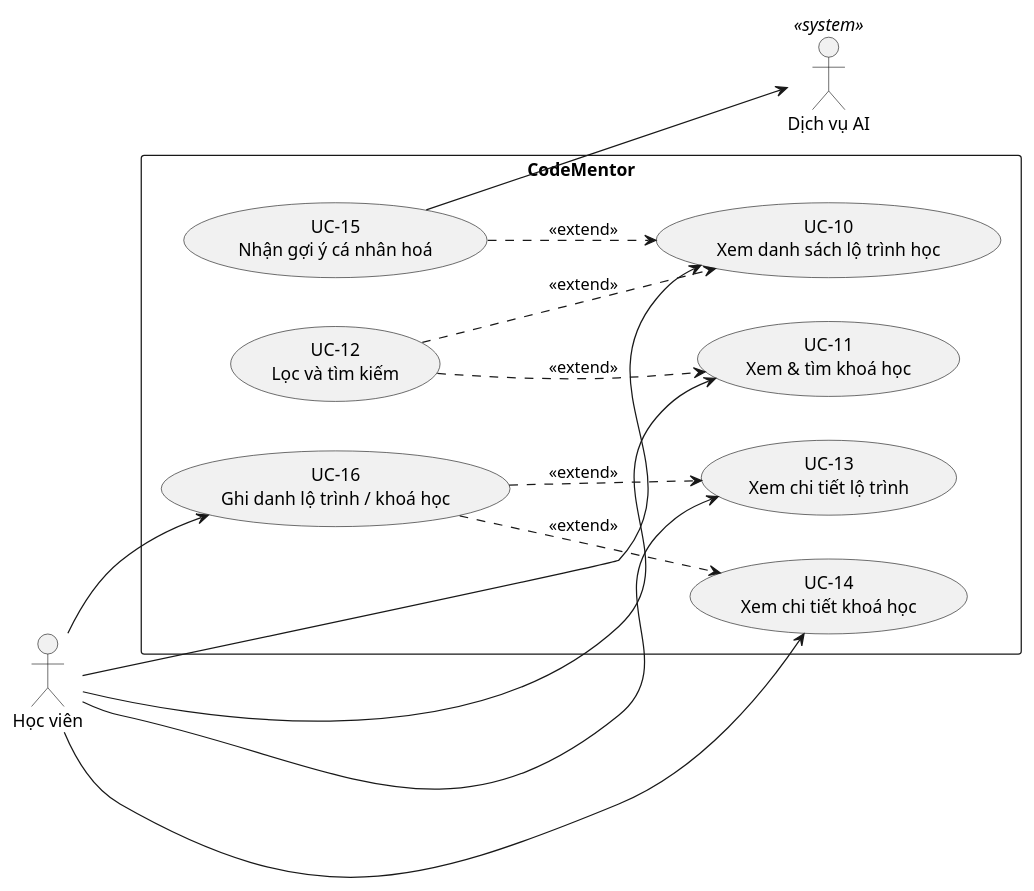
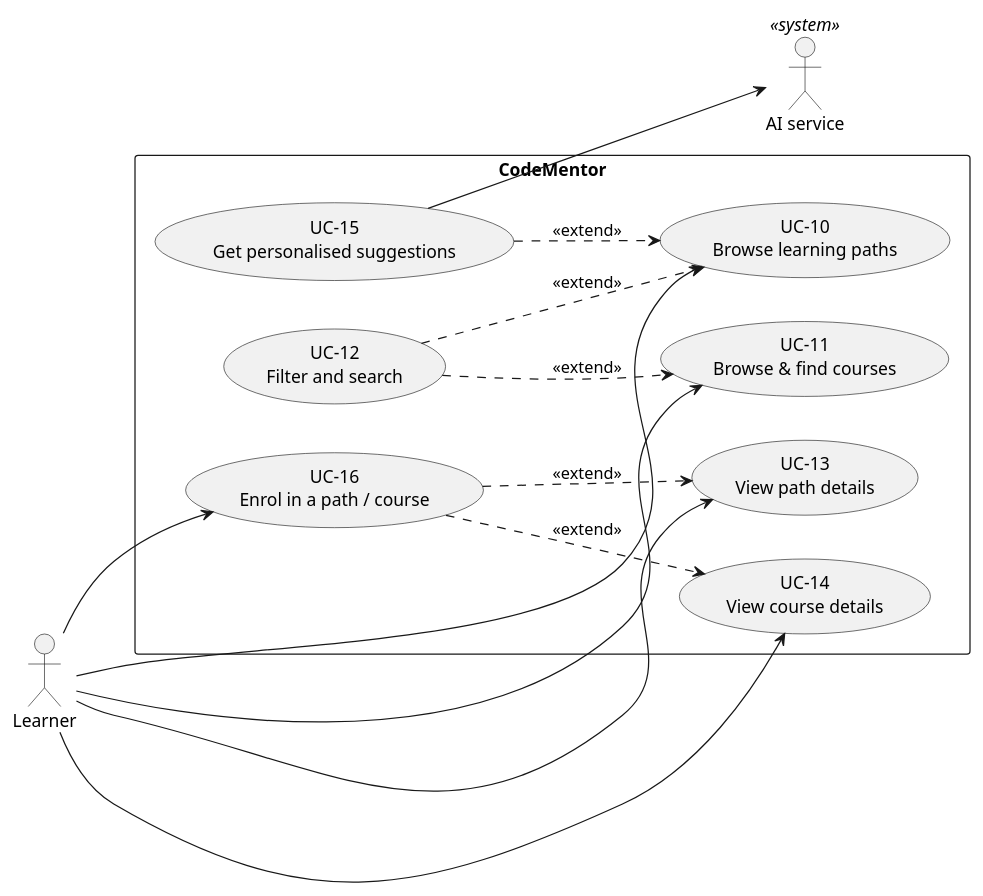
Before and after one commit to codementor-official/codementor-infra: the third of 10 diagrams in docs/07-use-case-model.md, drawn with PlantUML. The commit also changed other lines of this file and 16 other files, not shown here.

First line of the commit message:
docs: English README, use-case docs and diagrams

````diff
--- a/docs/07-use-case-model.md
+++ b/docs/07-use-case-model.md
@@ -163,31 +166,31 @@
 ```plantuml
 @startuml p2-discovery
 left to right direction
-actor "Học viên" as Learner
+actor "Learner" as Learner
 
 rectangle "CodeMentor" {
-  usecase "UC-10\nXem danh sách lộ trình học" as UC10
-  usecase "UC-11\nXem & tìm khoá học" as UC11
-  usecase "UC-12\nLọc và tìm kiếm" as UC12
-  usecase "UC-13\nXem chi tiết lộ trình" as UC13
-  usecase "UC-14\nXem chi tiết khoá học" as UC14
-  usecase "UC-15\nNhận gợi ý cá nhân hoá" as UC15
-  usecase "UC-16\nGhi danh lộ trình / khoá học" as UC16
+  usecase "UC-10\nBrowse learning paths" as UC10
+  usecase "UC-11\nBrowse & find courses" as UC11
+  usecase "UC-12\nFilter and search" as UC12
+  usecase "UC-13\nView path details" as UC13
+  usecase "UC-14\nView course details" as UC14
+  usecase "UC-15\nGet personalised suggestions" as UC15
+  usecase "UC-16\nEnrol in a path / course" as UC16
 
   UC12 ..> UC10 : <<extend>>
   UC12 ..> UC11 : <<extend>>
   UC15 ..> UC10 : <<extend>>
   UC16 ..> UC13 : <<extend>>
   UC16 ..> UC14 : <<extend>>
 }
 
-actor "Dịch vụ AI" as AI <<system>>
+actor "AI service" as AI <<system>>
 
 Learner --> UC10
 Learner --> UC11
 Learner --> UC13
 Learner --> UC14
 Learner --> UC16
 UC15 --> AI
 @enduml
 ```
````
